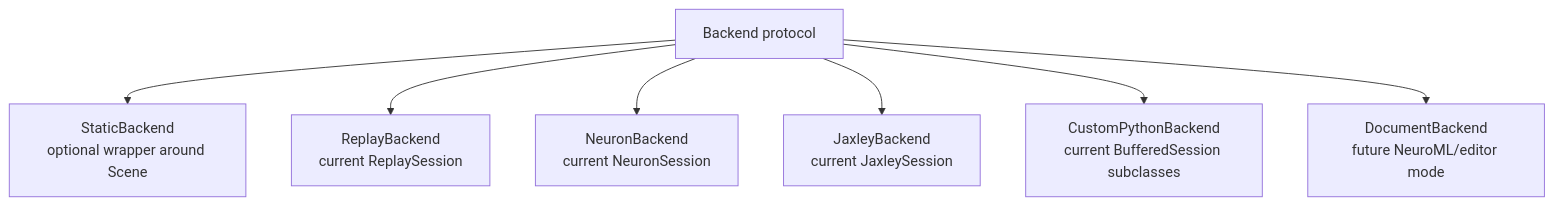
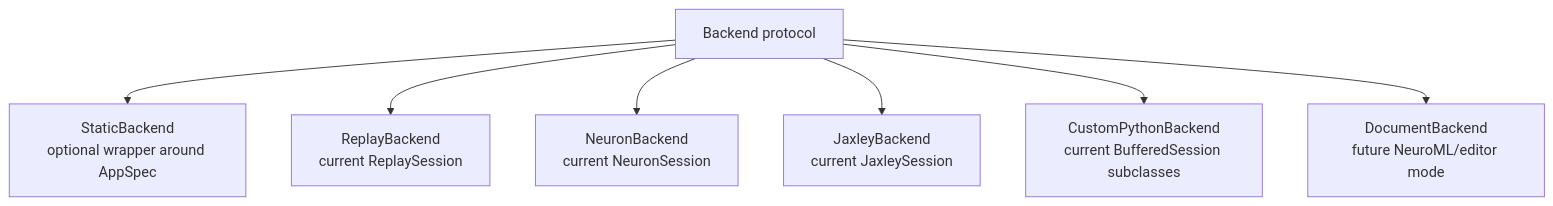
One commit to orrenravid1/CompartmentalNeuronGUI changed diagram 14 of 19 in docs/architecture/design/proposals/backend-transport-frontend-proposal.md. Above: the diagram before and after it, drawn with Mermaid. The commit also changed other lines of this file and 6 other files, not shown here.

````diff
--- a/docs/architecture/design/proposals/backend-transport-frontend-proposal.md
+++ b/docs/architecture/design/proposals/backend-transport-frontend-proposal.md
@@ -1101,17 +1358,17 @@
 ```mermaid
 flowchart TD
     Backend[Backend protocol]
-    Static[StaticBackend<br/>optional wrapper around Scene]
+    Static[StaticBackend<br/>optional wrapper around AppSpec]
     Replay[ReplayBackend<br/>current ReplaySession]
     Neuron[NeuronBackend<br/>current NeuronSession]
     Jaxley[JaxleyBackend<br/>current JaxleySession]
     Custom[CustomPythonBackend<br/>current BufferedSession subclasses]
     Document[DocumentBackend<br/>future NeuroML/editor mode]
 
     Backend --> Static
     Backend --> Replay
     Backend --> Neuron
     Backend --> Jaxley
     Backend --> Custom
     Backend --> Document
 ```
````
